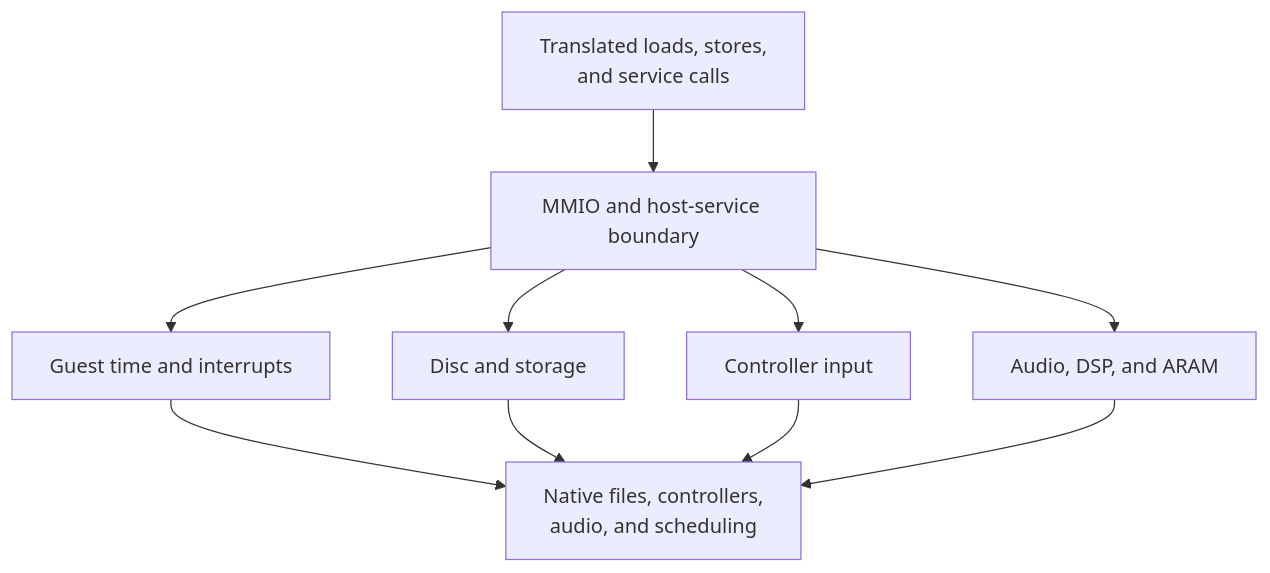
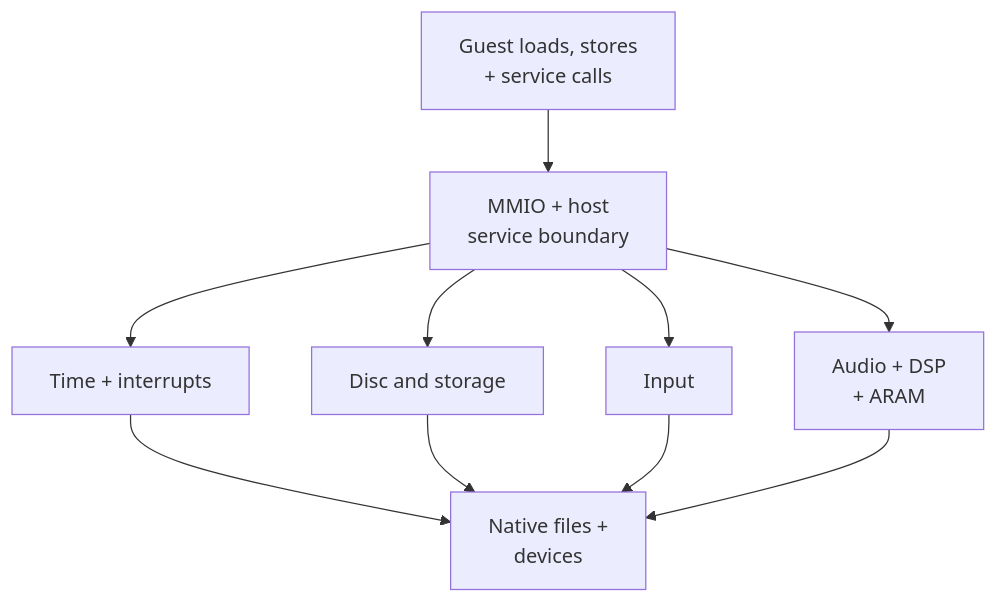
One commit to Aelbannan/boat_of_daphnes changed the diagram in docs/architecture/runtime/Services.md. Above: the diagram before and after it, drawn with Mermaid. The commit also changed 6 other files, not shown here.

Commit message:
docs: prevent runtime diagram truncation

````diff
--- a/docs/architecture/runtime/Services.md
+++ b/docs/architecture/runtime/Services.md
@@ -19,20 +19,20 @@
 ```mermaid
 flowchart TD
-    Game["Translated loads, stores,<br/>and service calls"]
-    Boundary["MMIO and host-service boundary"]
-    Time["Guest time and interrupts"]
+    Game["Guest loads, stores<br/>+ service calls"]
+    Boundary["MMIO + host<br/>service boundary"]
+    Time["Time + interrupts"]
     Disc["Disc and storage"]
-    Input["Controller input"]
-    Audio["Audio, DSP, and ARAM"]
-    Platform["Native files, controllers,<br/>audio, and scheduling"]
+    Input["Input"]
+    Audio["Audio + DSP<br/>+ ARAM"]
+    Platform["Native files +<br/>devices"]
 
     Game --> Boundary
     Boundary --> Time
     Boundary --> Disc
     Boundary --> Input
     Boundary --> Audio
     Time --> Platform
     Disc --> Platform
     Input --> Platform
     Audio --> Platform
 ```
````
